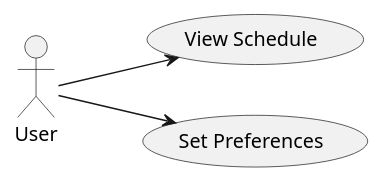
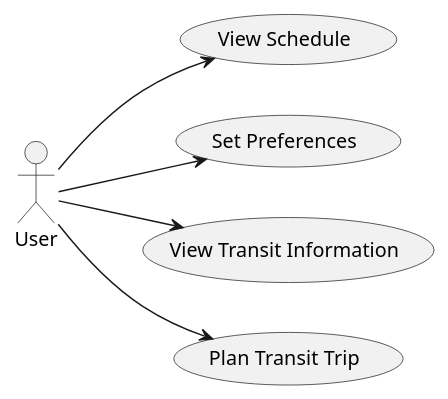
Before and after one commit to naviqore/documentation: the second of 2 diagrams in Writerside/topics/use-case.md, drawn with PlantUML. The commit also changed other lines of this file and 20 other files, not shown here.

````diff
--- a/Writerside/topics/use-case.md
+++ b/Writerside/topics/use-case.md
@@ -22,11 +22,13 @@
 ```plantuml
 
 @startuml
 left to right direction
 actor User
 
 User --> (View Schedule)
 User --> (Set Preferences)
+User --> (View Transit Information)
+User --> (Plan Transit Trip)
 @enduml
 
 ```
````
